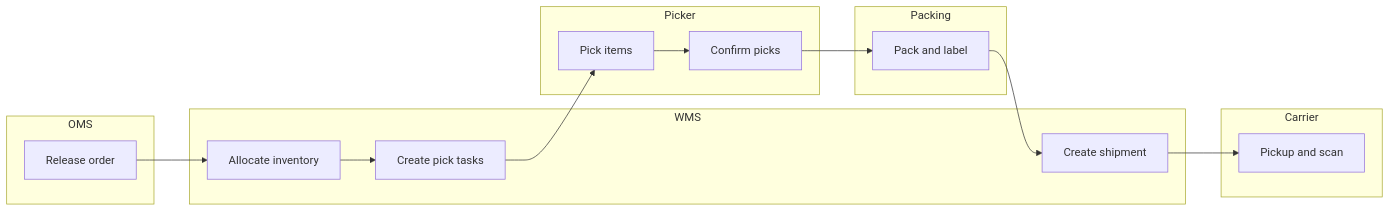
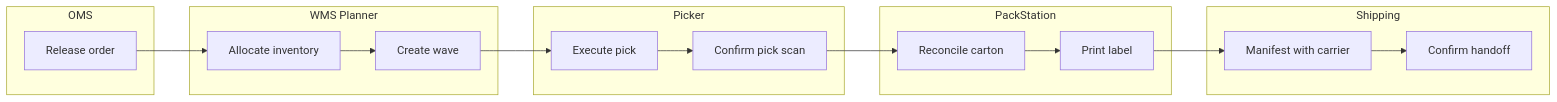
One commit to 0Ankit0/Project-Ideas changed the first of 2 diagrams in Warehouse Management System/analysis/swimlane-diagrams.md. Above: the diagram before and after it, drawn with Mermaid. The commit also changed other lines of this file and 38 other files, not shown here.

````diff
--- a/Warehouse Management System/analysis/swimlane-diagrams.md
+++ b/Warehouse Management System/analysis/swimlane-diagrams.md
@@ -4,27 +4,24 @@
 ```mermaid
 flowchart LR
     subgraph OMS
-      A[Release order]
+      O1[Release order]
+    end
+    subgraph WMS_Planner[WMS Planner]
+      W1[Allocate inventory]
+      W2[Create wave]
+    end
+    subgraph Picker
+      P1[Execute pick]
+      P2[Confirm pick scan]
+    end
+    subgraph PackStation
+      K1[Reconcile carton]
+      K2[Print label]
+    end
+    subgraph Shipping
+      S1[Manifest with carrier]
+      S2[Confirm handoff]
     end
 
-    subgraph WMS
-      B[Allocate inventory]
-      C[Create pick tasks]
-      D[Create shipment]
-    end
-
-    subgraph Picker
-      E[Pick items]
-      F[Confirm picks]
-    end
-
-    subgraph Packing
-      G[Pack and label]
-    end
-
-    subgraph Carrier
-      H[Pickup and scan]
-    end
-
-    A --> B --> C --> E --> F --> G --> D --> H
+    O1 --> W1 --> W2 --> P1 --> P2 --> K1 --> K2 --> S1 --> S2
 ```
````
